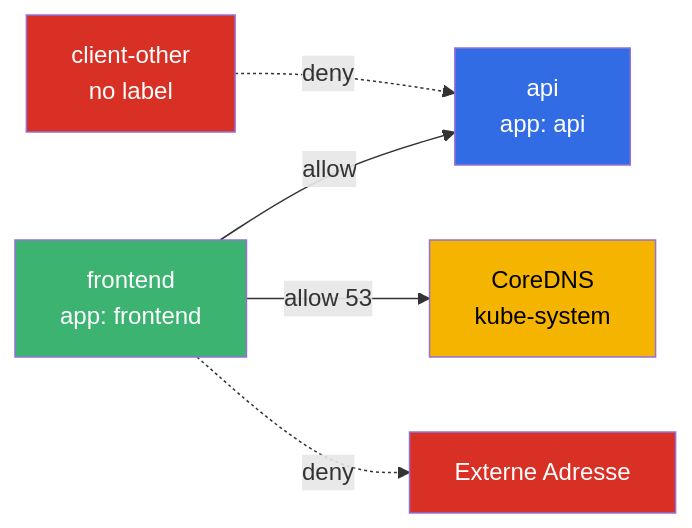
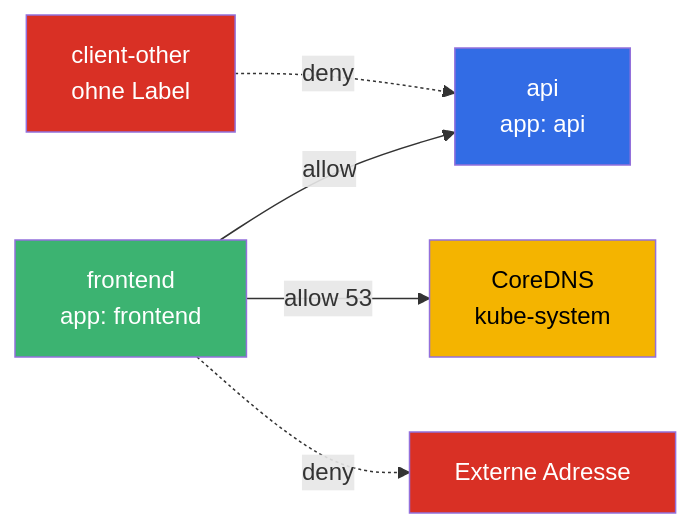
One commit to ViktorUJ/cks changed the first of 2 diagrams in tasks/eks/labs/110/README_DE.MD. Above: the diagram before and after it, drawn with Mermaid. The commit also changed other lines of this file and 221 other files, not shown here.

````diff
--- a/tasks/eks/labs/110/README_DE.MD
+++ b/tasks/eks/labs/110/README_DE.MD
@@ -44,17 +44,17 @@
 ```mermaid
 flowchart LR
     fe["frontend<br>app: frontend"]
     api["api<br>app: api"]
     dns["CoreDNS<br>kube-system"]
-    other["client-other<br>no label"]
+    other["client-other<br>ohne Label"]
     ext["Externe Adresse"]
     fe -->|allow| api
     fe -->|allow 53| dns
     fe -.->|deny| ext
     other -.->|deny| api
     style fe fill:#3cb371,color:#fff
     style api fill:#326ce5,color:#fff
     style dns fill:#f4b400,color:#000
     style other fill:#d93025,color:#fff
     style ext fill:#d93025,color:#fff
 ```
````
